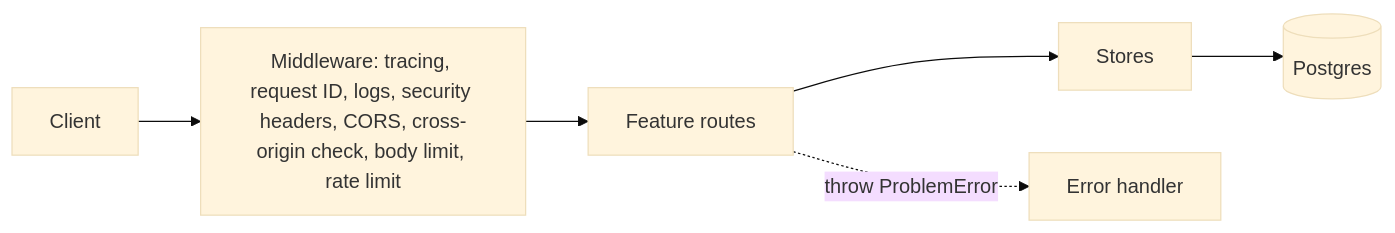
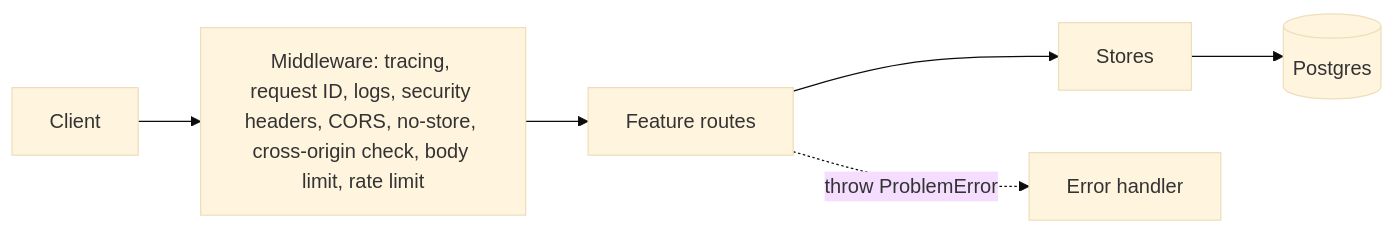
One commit to opikdev/api-hono-starter changed the diagram in docs/architecture.md. Above: the diagram before and after it, drawn with Mermaid (base theme). The commit also changed other lines of this file and 67 other files, not shown here.

````diff
--- a/docs/architecture.md
+++ b/docs/architecture.md
@@ -3,8 +3,8 @@
 ```mermaid
 flowchart LR
-  C[Client] --> M["Middleware: tracing, request ID, logs, security headers, CORS, cross-origin check, body limit, rate limit"]
+  C[Client] --> M["Middleware: tracing, request ID, logs, security headers, CORS, no-store, cross-origin check, body limit, rate limit"]
   M --> R["Feature routes"]
   R --> S["Stores"]
   S --> P[(Postgres)]
   R -. "throw ProblemError" .-> E["Error handler"]
 ```
````
